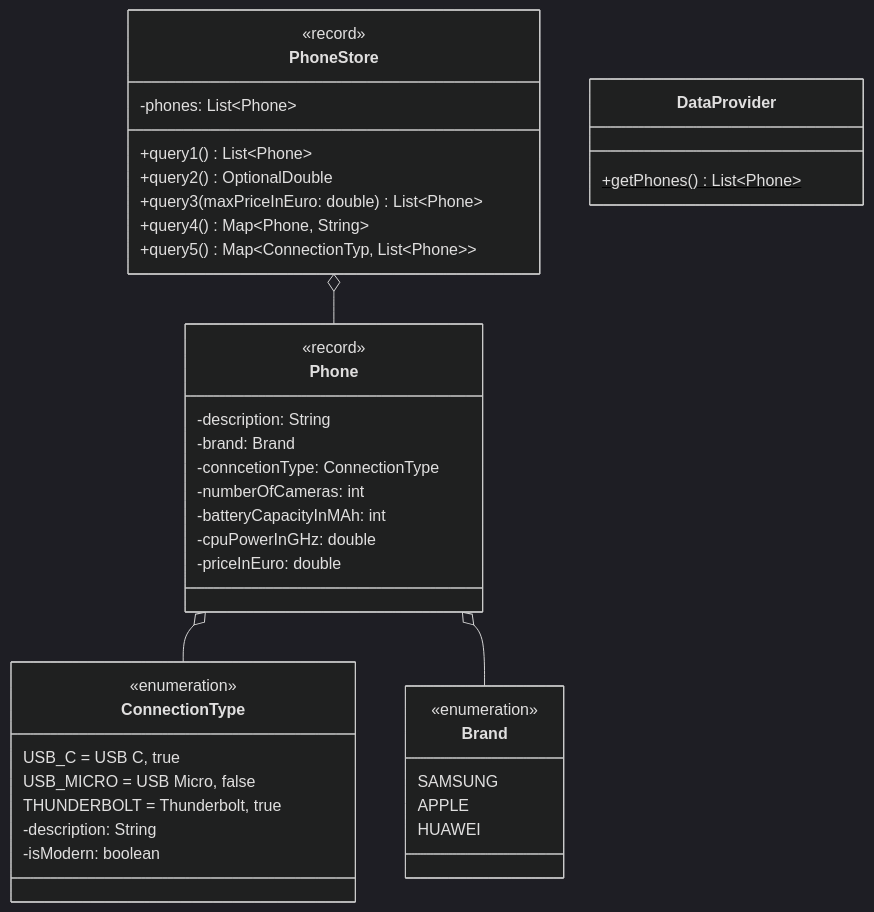
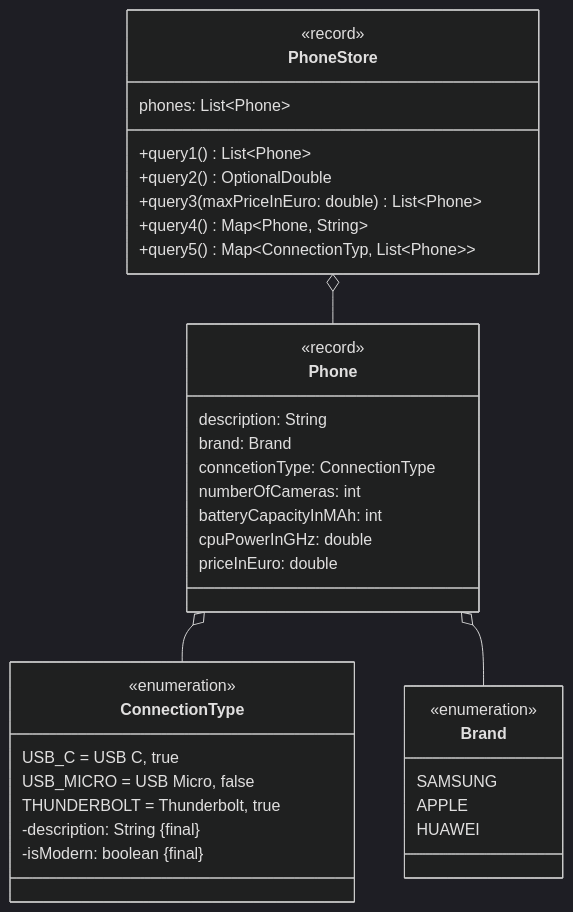
One commit to jappuccini/java-docs changed the diagram in docs/exam-exercises/exam-exercises-java2/phone-store.md. Above: the diagram before and after it, drawn with Mermaid (dark theme). The commit also changed 26 other files, not shown here.

````diff
--- a/docs/exam-exercises/exam-exercises-java2/phone-store.md
+++ b/docs/exam-exercises/exam-exercises-java2/phone-store.md
@@ -12,47 +12,43 @@
 ```mermaid
 classDiagram
     Phone o-- ConnectionType
     Phone o-- Brand
     PhoneStore o-- Phone
 
     class ConnectionType {
         <<enumeration>>
         USB_C = USB C, true
         USB_MICRO = USB Micro, false
         THUNDERBOLT = Thunderbolt, true
-        -description: String
-        -isModern: boolean
+        -description: String &#123final&#125
+        -isModern: boolean &#123final&#125
     }
 
     class Brand {
         <<enumeration>>
         SAMSUNG
         APPLE
         HUAWEI
     }
 
     class Phone {
         <<record>>
-        -description: String
-        -brand: Brand
-        -conncetionType: ConnectionType
-        -numberOfCameras: int
-        -batteryCapacityInMAh: int
-        -cpuPowerInGHz: double
-        -priceInEuro: double
-    }
-
-    class DataProvider {
-        +getPhones()$ List~Phone~
+        description: String
+        brand: Brand
+        conncetionType: ConnectionType
+        numberOfCameras: int
+        batteryCapacityInMAh: int
+        cpuPowerInGHz: double
+        priceInEuro: double
     }
 
     class PhoneStore {
         <<record>>
-        -phones: List~Phone~
+        phones: List~Phone~
         +query1() List~Phone~
         +query2() OptionalDouble
         +query3(maxPriceInEuro: double) List~Phone~
         +query4() Map~Phone, String~
         +query5() Map~ConnectionTyp&sbquo; List~Phone~~
     }
 ```
````
